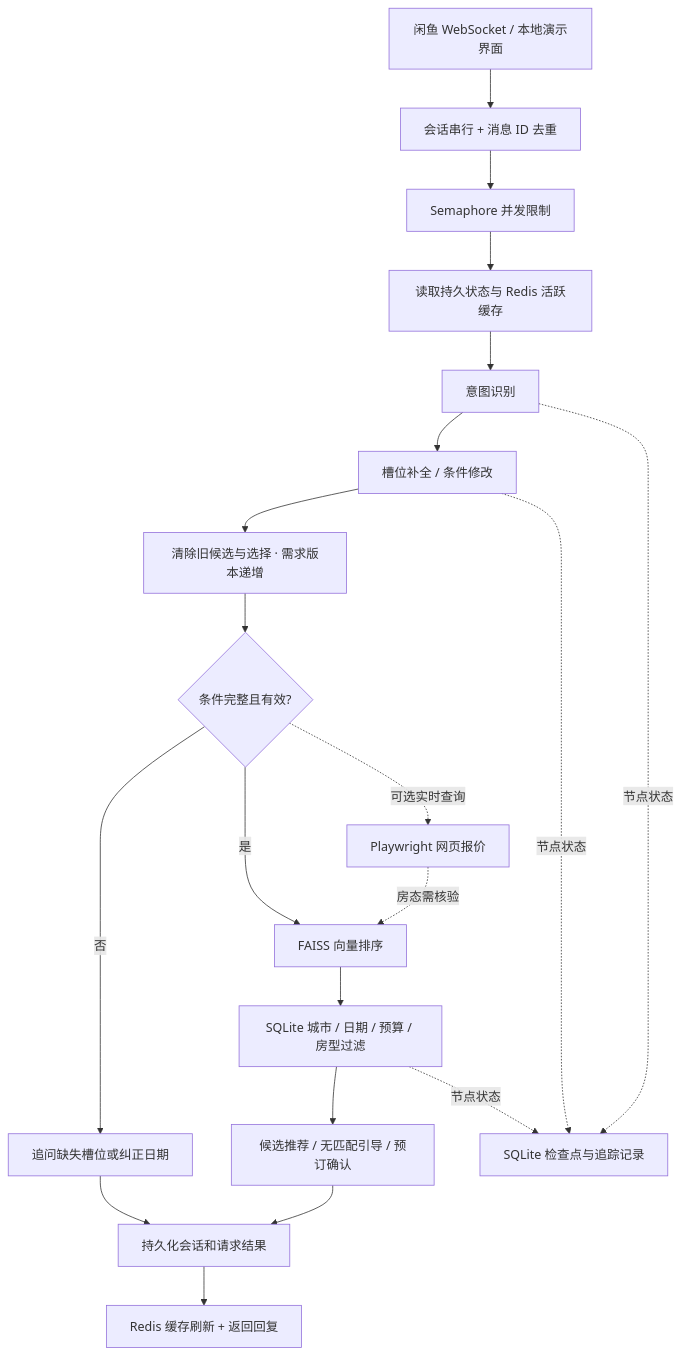
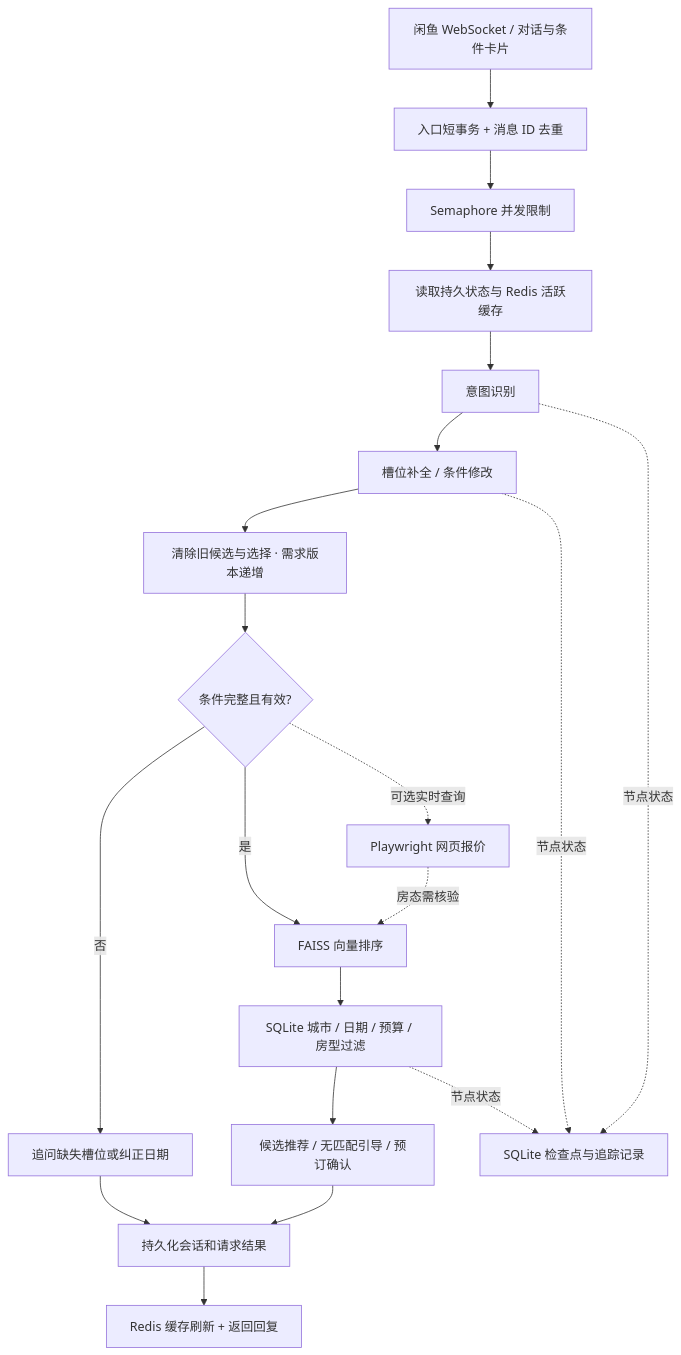
The diagram in README.md (spark216/YF-agent), drawn with Mermaid before and after one commit. The commit also changed other lines of this file and 34 other files, not shown here.

````diff
--- a/README.md
+++ b/README.md
@@ -67,22 +89,22 @@
 ```mermaid
 flowchart TD
-    A[闲鱼 WebSocket / 本地演示界面] --> B[会话串行 + 消息 ID 去重]
+    A[闲鱼 WebSocket / 对话与条件卡片] --> B[入口短事务 + 消息 ID 去重]
     B --> C[Semaphore 并发限制]
     C --> D[读取持久状态与 Redis 活跃缓存]
     D --> E[意图识别]
     E --> F[槽位补全 / 条件修改]
     F --> G[清除旧候选与选择 · 需求版本递增]
     G --> H{条件完整且有效?}
     H -->|否| I[追问缺失槽位或纠正日期]
     H -->|是| J[FAISS 向量排序]
     H -. 可选实时查询 .-> Q[Playwright 网页报价]
     Q -. 房态需核验 .-> J
     J --> K[SQLite 城市 / 日期 / 预算 / 房型过滤]
     K --> L[候选推荐 / 无匹配引导 / 预订确认]
     I --> M[持久化会话和请求结果]
     L --> M
     M --> N[Redis 缓存刷新 + 返回回复]
     E -. 节点状态 .-> P[SQLite 检查点与追踪记录]
     F -. 节点状态 .-> P
     K -. 节点状态 .-> P
 ```
````
